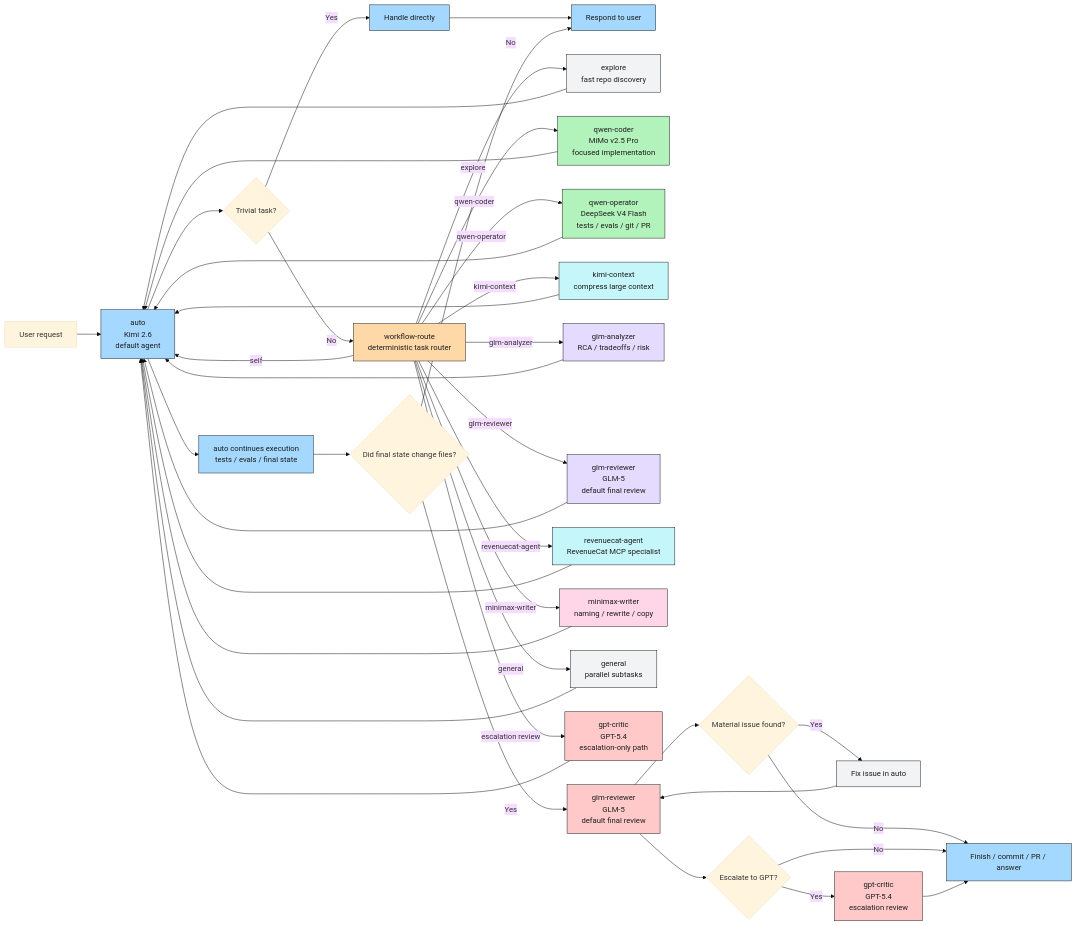
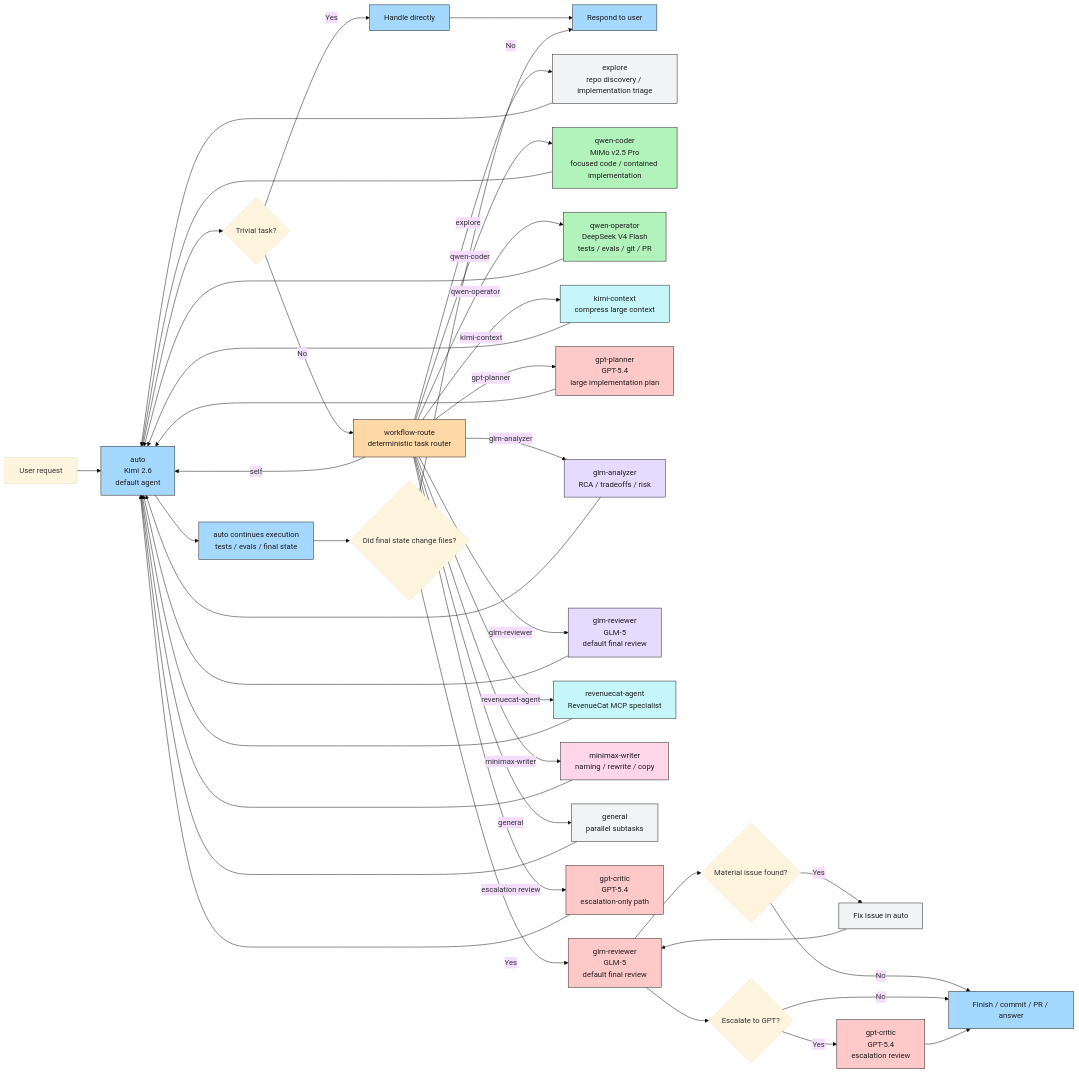
Before and after one commit to bpinheiroms/my-setup: the diagram in opencode/WORKFLOW_DIAGRAM.md, drawn with Mermaid (base theme). The commit also changed other lines of this file and 7 other files, not shown here.

````diff
--- a/opencode/WORKFLOW_DIAGRAM.md
+++ b/opencode/WORKFLOW_DIAGRAM.md
@@ -9,69 +9,72 @@
 ```mermaid
 flowchart LR
     U[User request] --> A[auto<br/>Kimi 2.6<br/>default agent]
 
     A --> T{Trivial task?}
     T -->|Yes| D[Handle directly]
     D --> R[Respond to user]
 
     T -->|No| WR[workflow-route<br/>deterministic task router]
 
     WR -->|self| A
-    WR -->|explore| EX[explore<br/>fast repo discovery]
-    WR -->|qwen-coder| QC[qwen-coder<br/>MiMo v2.5 Pro<br/>focused implementation]
+    WR -->|explore| EX[explore<br/>repo discovery / implementation triage]
+    WR -->|qwen-coder| QC[qwen-coder<br/>MiMo v2.5 Pro<br/>focused code / contained implementation]
     WR -->|qwen-operator| QO[qwen-operator<br/>DeepSeek V4 Flash<br/>tests / evals / git / PR]
     WR -->|kimi-context| KC[kimi-context<br/>compress large context]
+    WR -->|gpt-planner| PL[gpt-planner<br/>GPT-5.4<br/>large implementation plan]
     WR -->|glm-analyzer| GA[glm-analyzer<br/>RCA / tradeoffs / risk]
     WR -->|glm-reviewer| GV[glm-reviewer<br/>GLM-5<br/>default final review]
     WR -->|revenuecat-agent| RC[revenuecat-agent<br/>RevenueCat MCP specialist]
     WR -->|minimax-writer| MW[minimax-writer<br/>naming / rewrite / copy]
     WR -->|general| GE[general<br/>parallel subtasks]
-    WR -->|escalation review| GR[gpt-critic<br/>GPT-5.4<br/>escalation-only path]
+    WR -->|escalation review| CR[gpt-critic<br/>GPT-5.4<br/>escalation-only path]
 
     EX --> A
     QC --> A
     QO --> A
     KC --> A
+    PL --> A
     GA --> A
     GV --> A
     RC --> A
     MW --> A
     GE --> A
-    GR --> A
+    CR --> A
 
     A --> E[auto continues execution<br/>tests / evals / final state]
     E --> C{Did final state change files?}
 
     C -->|No| R
     C -->|Yes| G[glm-reviewer<br/>GLM-5<br/>default final review]
 
     G --> M{Material issue found?}
     M -->|No| F[Finish / commit / PR / answer]
     M -->|Yes| FX[Fix issue in auto]
     FX --> G
     G --> H{Escalate to GPT?}
     H -->|Yes| GP[gpt-critic<br/>GPT-5.4<br/>escalation review]
     H -->|No| F
     GP --> F
 
     classDef primary fill:#A5D8FF,stroke:#1c1c1c,color:#1c1c1c;
     classDef router fill:#FFD8A8,stroke:#1c1c1c,color:#1c1c1c;
     classDef code fill:#B2F2BB,stroke:#1c1c1c,color:#1c1c1c;
     classDef context fill:#C5F6FA,stroke:#1c1c1c,color:#1c1c1c;
     classDef analysis fill:#E5DBFF,stroke:#1c1c1c,color:#1c1c1c;
     classDef writing fill:#FFD6E7,stroke:#1c1c1c,color:#1c1c1c;
     classDef review fill:#FFC9C9,stroke:#1c1c1c,color:#1c1c1c;
     classDef neutral fill:#F1F3F5,stroke:#1c1c1c,color:#1c1c1c;
 
     class A,D,E,F,R primary;
     class WR router;
     class QC code;
     class QO code;
     class KC context;
+    class PL review;
     class GA analysis;
     class GV analysis;
     class RC context;
     class MW writing;
-    class G,GP,GR review;
+    class G,GP,CR review;
     class EX,GE,FX neutral;
 ```
````
